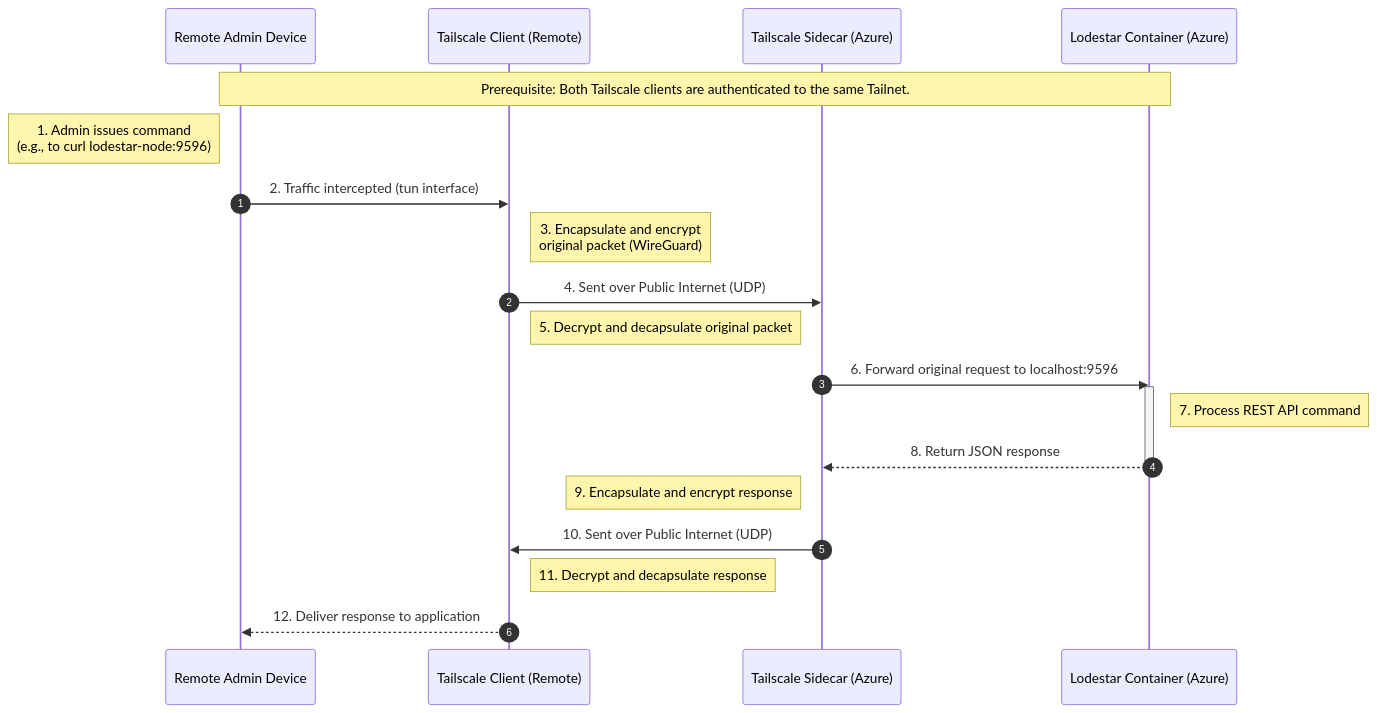
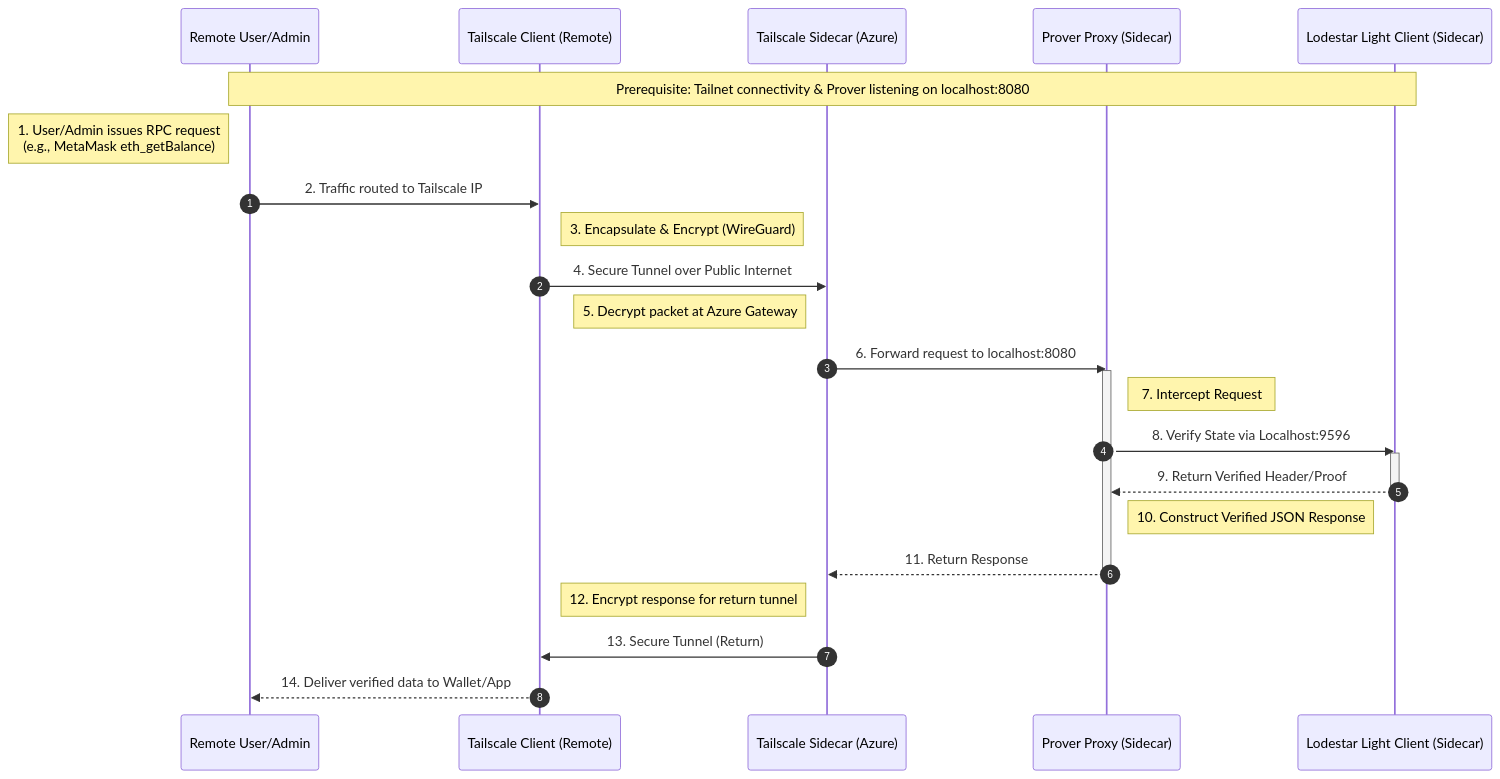
One commit to vfr750y/Cost-Optimized-Ethereum-Node-On-Azure changed the second of 3 diagrams in LowLevelDesign.md. Above: the diagram before and after it, drawn with Mermaid.

Commit message:
edit LLD

````diff
--- a/LowLevelDesign.md
+++ b/LowLevelDesign.md
@@ -262,25 +262,34 @@
 ```mermaid
 sequenceDiagram
     autonumber
-    participant RA as Remote Admin Device
+    participant RA as Remote User/Admin
     participant TS_RA as Tailscale Client (Remote)
     participant TS_AZ as Tailscale Sidecar (Azure)
-    participant LS as Lodestar Container (Azure)
+    participant PP as Prover Proxy (Sidecar)
+    participant LS as Lodestar Light Client (Sidecar)
 
-    Note over RA, LS: Prerequisite: Both Tailscale clients are authenticated to the same Tailnet.
+    Note over RA, LS: Prerequisite: Tailnet connectivity & Prover listening on localhost:8080
 
-    Note left of RA: 1. Admin issues command<br/>(e.g., to curl lodestar-node:9596)
-    RA->>TS_RA: 2. Traffic intercepted (tun interface)
-    Note right of TS_RA: 3. Encapsulate and encrypt<br/>original packet (WireGuard)
-    TS_RA->>TS_AZ: 4. Sent over Public Internet (UDP)
-    Note left of TS_AZ: 5. Decrypt and decapsulate original packet
-    TS_AZ->>LS: 6. Forward original request to localhost:9596
+    Note left of RA: 1. User/Admin issues RPC request<br/>(e.g., MetaMask eth_getBalance)
+    RA->>TS_RA: 2. Traffic routed to Tailscale IP
+    Note right of TS_RA: 3. Encapsulate & Encrypt (WireGuard)
+    TS_RA->>TS_AZ: 4. Secure Tunnel over Public Internet
+    Note left of TS_AZ: 5. Decrypt packet at Azure Gateway
+    
+    TS_AZ->>PP: 6. Forward request to localhost:8080
+    activate PP
+    
+    Note right of PP: 7. Intercept Request
+    PP->>LS: 8. Verify State via Localhost:9596
     activate LS
-    Note right of LS: 7. Process REST API command
-    LS-->>TS_AZ: 8. Return JSON response
+    LS-->>PP: 9. Return Verified Header/Proof
     deactivate LS
-    Note left of TS_AZ: 9. Encapsulate and encrypt response
-    TS_AZ->>TS_RA: 10. Sent over Public Internet (UDP)
-    Note right of TS_RA: 11. Decrypt and decapsulate response
-    TS_RA-->>RA: 12. Deliver response to application
+    
+    Note right of PP: 10. Construct Verified JSON Response
+    PP-->>TS_AZ: 11. Return Response
+    deactivate PP
+    
+    Note left of TS_AZ: 12. Encrypt response for return tunnel
+    TS_AZ->>TS_RA: 13. Secure Tunnel (Return)
+    TS_RA-->>RA: 14. Deliver verified data to Wallet/App
 ```
````
